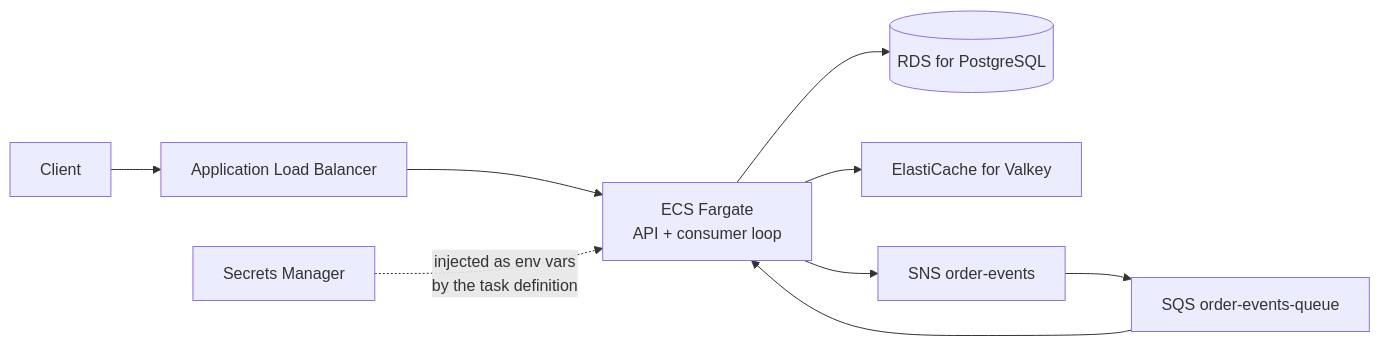
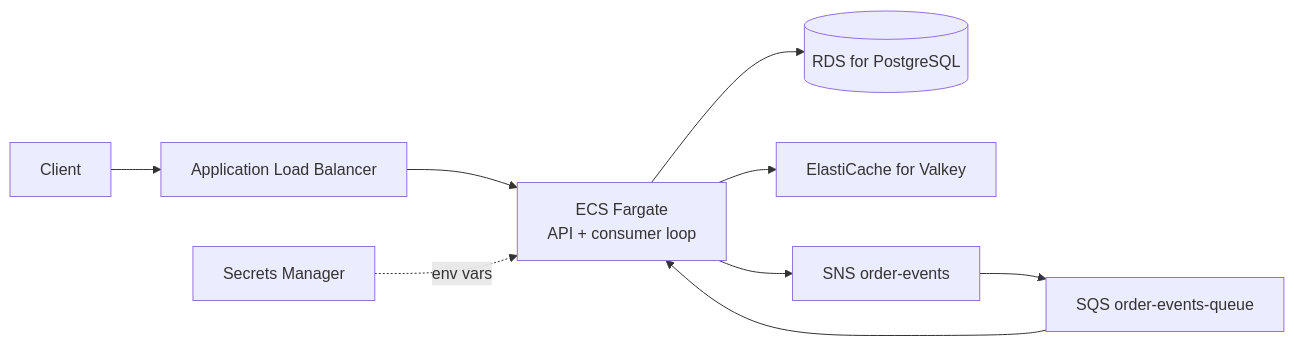
Before and after one commit to Samuel0023/cocos-challenge: the third of 3 diagrams in docs/architecture.md, drawn with Mermaid. The commit also changed other lines of this file and 25 other files, not shown here.

````diff
--- a/docs/architecture.md
+++ b/docs/architecture.md
@@ -165,11 +97,11 @@
 ```mermaid
 flowchart LR
   U["Client"] --> ALB["Application Load Balancer"]
   ALB --> ECS["ECS Fargate<br/>API + consumer loop"]
-  SM["Secrets Manager"] -. "injected as env vars<br/>by the task definition" .-> ECS
+  SM["Secrets Manager"] -. "env vars" .-> ECS
   ECS --> RDS[("RDS for PostgreSQL")]
   ECS --> EC["ElastiCache for Valkey"]
   ECS --> SNS["SNS order-events"]
   SNS --> SQS["SQS order-events-queue"]
   SQS --> ECS
 ```
````
